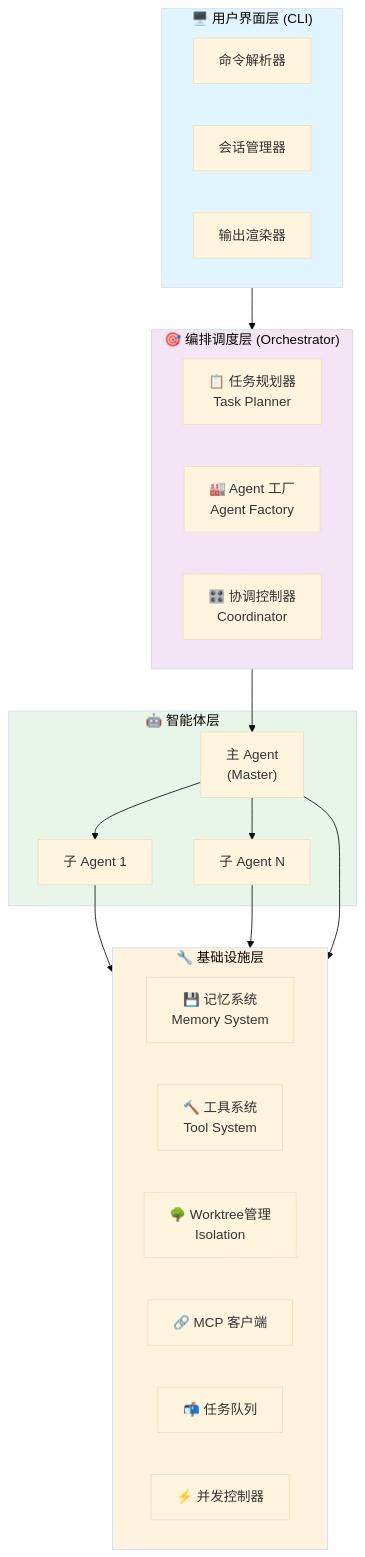
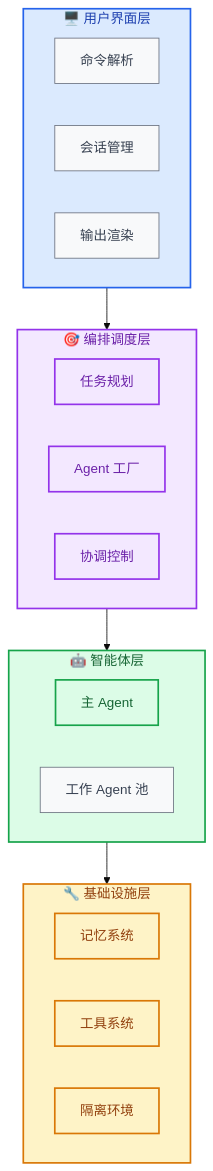
One commit to Eivs/niuma changed the sixth of 6 diagrams in README.md. Above: the diagram before and after it, drawn with Mermaid (base theme). The commit also changed other lines of this file and 1 other file, not shown here.

Commit message:
refactor: Update diagrams and improve color schemes in PRD and README

````diff
--- a/README.md
+++ b/README.md
@@ -301,48 +341,47 @@
 ```mermaid
 flowchart TB
 
-  subgraph UI["🖥️ 用户界面层 (CLI)"]
-    Parser["命令解析器"]
-    Session["会话管理器"]
-    Renderer["输出渲染器"]
-  end
+    subgraph UI["🖥️ 用户界面层"]
+        direction LR
+        Parser["命令解析"]
+        Session["会话管理"]
+        Renderer["输出渲染"]
+    end
 
-  subgraph Orchestrator["🎯 编排调度层 (Orchestrator)"]
-        Planner["📋 任务规划器<br/>Task Planner"]
-        Factory["🏭 Agent 工厂<br/>Agent Factory"]
-        Coordinator["🎛️ 协调控制器<br/>Coordinator"]
-  end
+    subgraph Orchestrator["🎯 编排调度层"]
+        direction LR
+        Planner["任务规划"]
+        Factory["Agent 工厂"]
+        Coordinator["协调控制"]
+    end
 
-  subgraph Agents["🤖 智能体层"]
-        Master["主 Agent<br/>(Master)"]
-        Agent1["子 Agent 1"]
-        AgentN["子 Agent N"]
-  end
+    subgraph Agents["🤖 智能体层"]
+        direction LR
+        Master["主 Agent"]
+        Workers["工作 Agent 池"]
+    end
 
-  subgraph Infrastructure["🔧 基础设施层"]
-
-    Memory["💾 记忆系统<br/>Memory System"]
-          Tools["🔨 工具系统<br/>Tool System"]
-          Worktree["🌳 Worktree管理<br/>Isolation"]
-
-    MCP["🔗 MCP 客户端"]
-          Queue["📬 任务队列"]
-          Concurrency["⚡ 并发控制器"]
-  end
+    subgraph Infrastructure["🔧 基础设施层"]
+        direction LR
+        Memory["记忆系统"]
+        Tools["工具系统"]
+        Worktree["隔离环境"]
+    end
 
     UI --> Orchestrator
-    Orchestrator -->
+    Orchestrator --> Agents
+    Agents --> Infrastructure
 
-  Master
-    Master --> Agent1
-    Master --> AgentN
-    Agent1 --> Infrastructure
-    AgentN --> Infrastructure
-    Master --> Infrastructure
+    %% 统一的配色方案
+    classDef uiLayer fill:#dbeafe,stroke:#2563eb,stroke-width:2px,color:#1e40af
+    classDef orchLayer fill:#f3e8ff,stroke:#9333ea,stroke-width:2px,color:#6b21a8
+    classDef agentLayer fill:#dcfce7,stroke:#16a34a,stroke-width:2px,color:#166534
+    classDef infraLayer fill:#fef3c7,stroke:#d97706,stroke-width:2px,color:#92400e
+    classDef subNode fill:#f8f9fa,stroke:#6b7280,stroke-width:1px,color:#374151
 
-
-  style UI fill:#e1f5fe
-    style Orchestrator fill:#f3e5f5
-    style Agents fill:#e8f5e9
-    style Infrastructure fill:#fff3e0
+    class UI uiLayer
+    class Orchestrator,Planner,Factory,Coordinator orchLayer
+    class Agents,Master,Workers agentLayer
+    class Infrastructure,Memory,Tools,Worktree infraLayer
+    class Parser,Session,Renderer,Workers subNode
 ```
````
